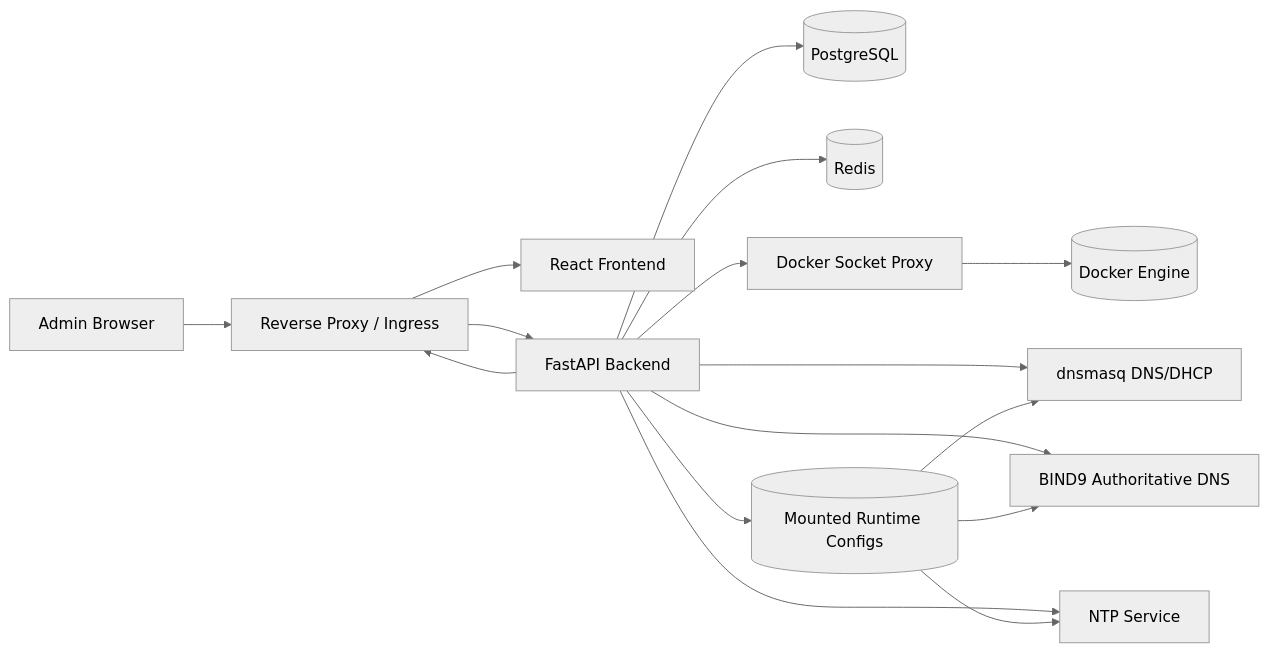
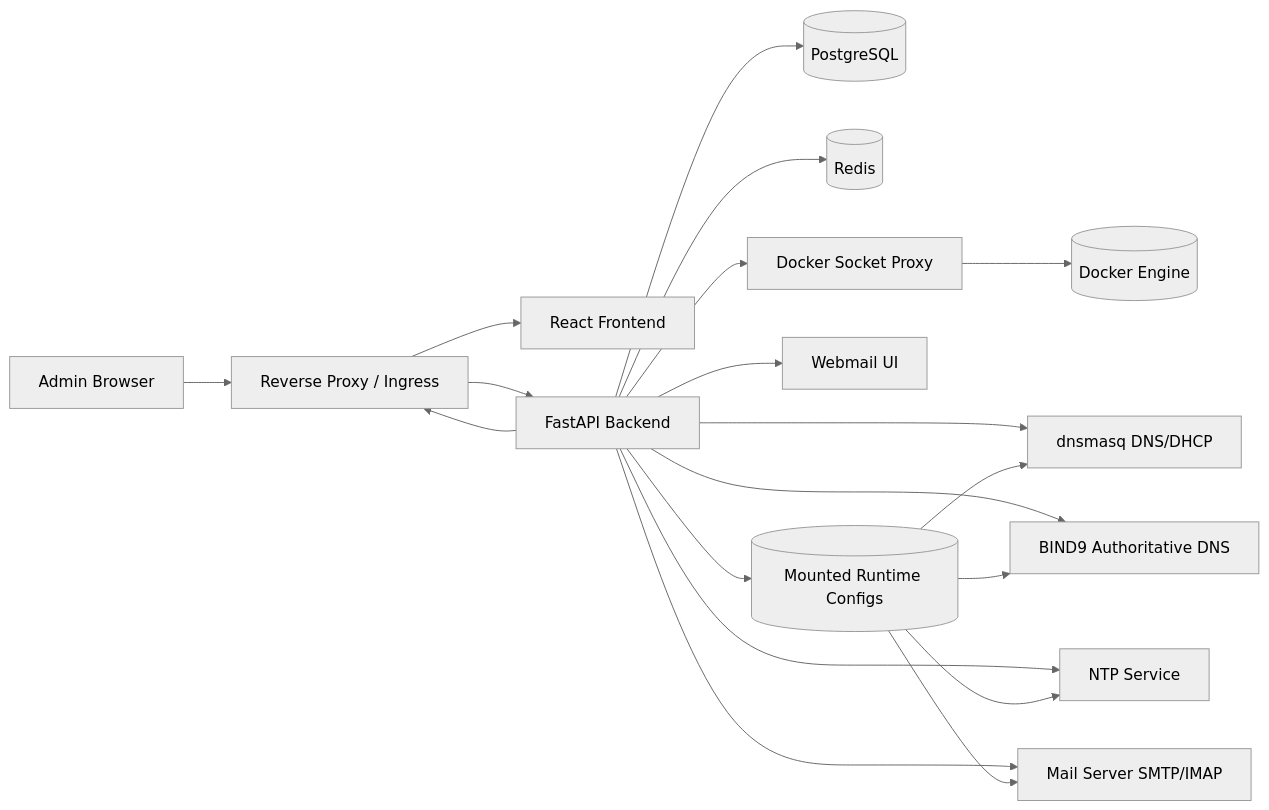
One commit to MelroyB/Homelab changed the diagram in docs/architecture.md. Above: the diagram before and after it, drawn with Mermaid (neutral theme). The commit also changed other lines of this file and 8 other files, not shown here.

````diff
--- a/docs/architecture.md
+++ b/docs/architecture.md
@@ -78,21 +95,24 @@
 ```mermaid
 flowchart LR
   Browser[Admin Browser] --> Caddy[Reverse Proxy / Ingress]
   Caddy --> Frontend[React Frontend]
   Caddy --> Backend[FastAPI Backend]
 
   Backend --> Postgres[(PostgreSQL)]
   Backend --> Redis[(Redis)]
   Backend --> SocketProxy[Docker Socket Proxy]
   SocketProxy --> DockerEngine[(Docker Engine)]
 
   Backend --> Dnsmasq[dnsmasq DNS/DHCP]
   Backend --> Bind9[BIND9 Authoritative DNS]
   Backend --> Ntp[NTP Service]
+  Backend --> MailServer[Mail Server SMTP/IMAP]
+  Backend --> Webmail[Webmail UI]
   Backend --> Caddy
 
   Backend --> RuntimeConfigs[(Mounted Runtime Configs)]
   RuntimeConfigs --> Dnsmasq
   RuntimeConfigs --> Bind9
   RuntimeConfigs --> Ntp
+  RuntimeConfigs --> MailServer
 ```
````
